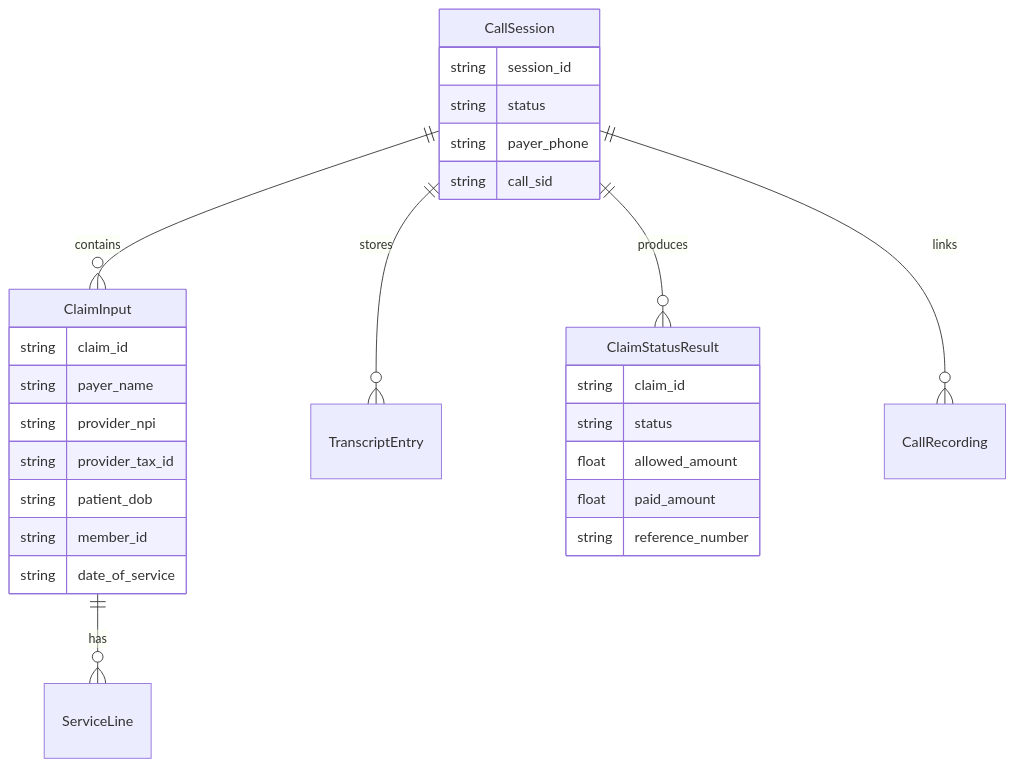
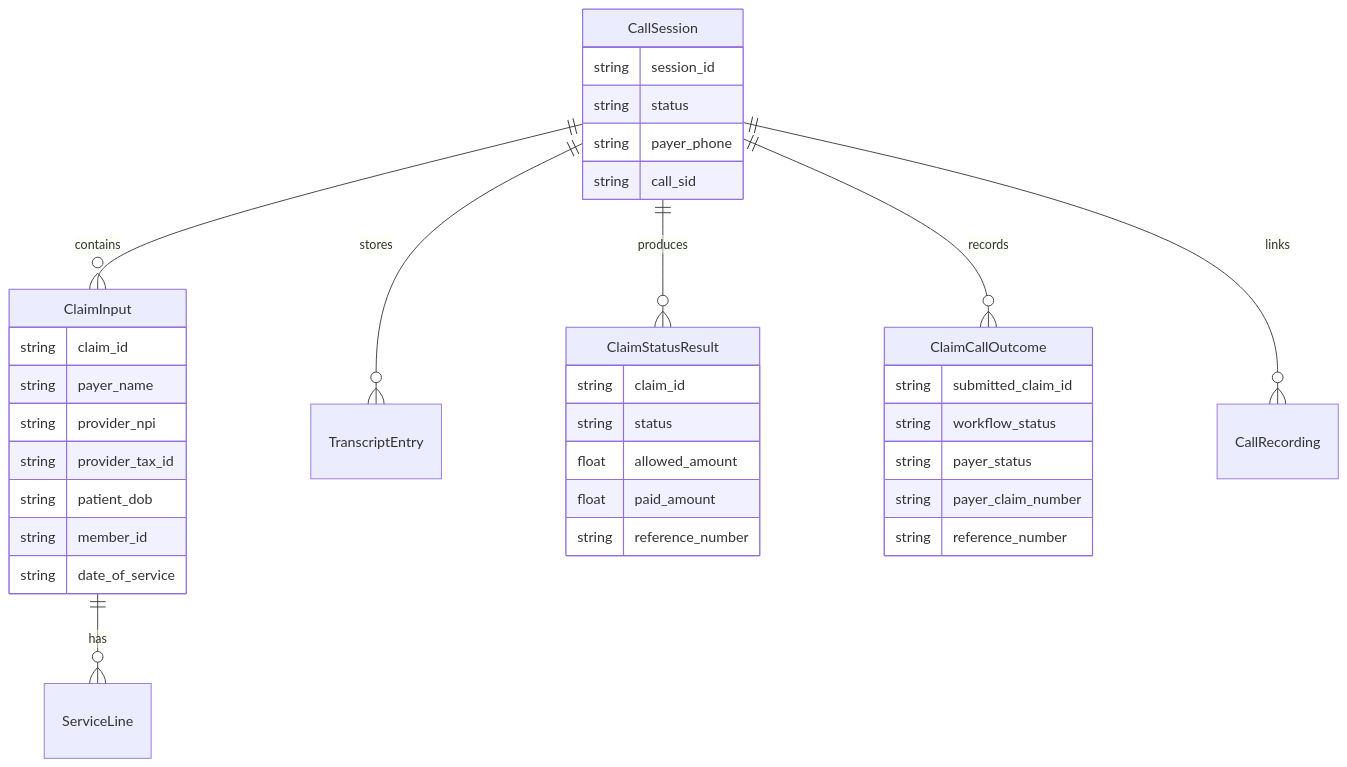
The diagram in architecture/data-model.md (im-sanjay-sai/claim_agent), drawn with Mermaid before and after one commit. The commit also changed 7 other files, not shown here.

Commit message:
change  claim outcome handling to include submitted claim ID and payer status.

````diff
--- a/architecture/data-model.md
+++ b/architecture/data-model.md
@@ -3,33 +3,42 @@
 ```mermaid
 erDiagram
   CallSession ||--o{ ClaimInput : contains
   CallSession ||--o{ TranscriptEntry : stores
   CallSession ||--o{ ClaimStatusResult : produces
+  CallSession ||--o{ ClaimCallOutcome : records
   CallSession ||--o{ CallRecording : links
   ClaimInput ||--o{ ServiceLine : has
 
   ClaimInput {
     string claim_id
     string payer_name
     string provider_npi
     string provider_tax_id
     string patient_dob
     string member_id
     string date_of_service
   }
 
   CallSession {
     string session_id
     string status
     string payer_phone
     string call_sid
   }
 
   ClaimStatusResult {
     string claim_id
     string status
     float allowed_amount
     float paid_amount
     string reference_number
   }
+
+  ClaimCallOutcome {
+    string submitted_claim_id
+    string workflow_status
+    string payer_status
+    string payer_claim_number
+    string reference_number
+  }
 ```
````
